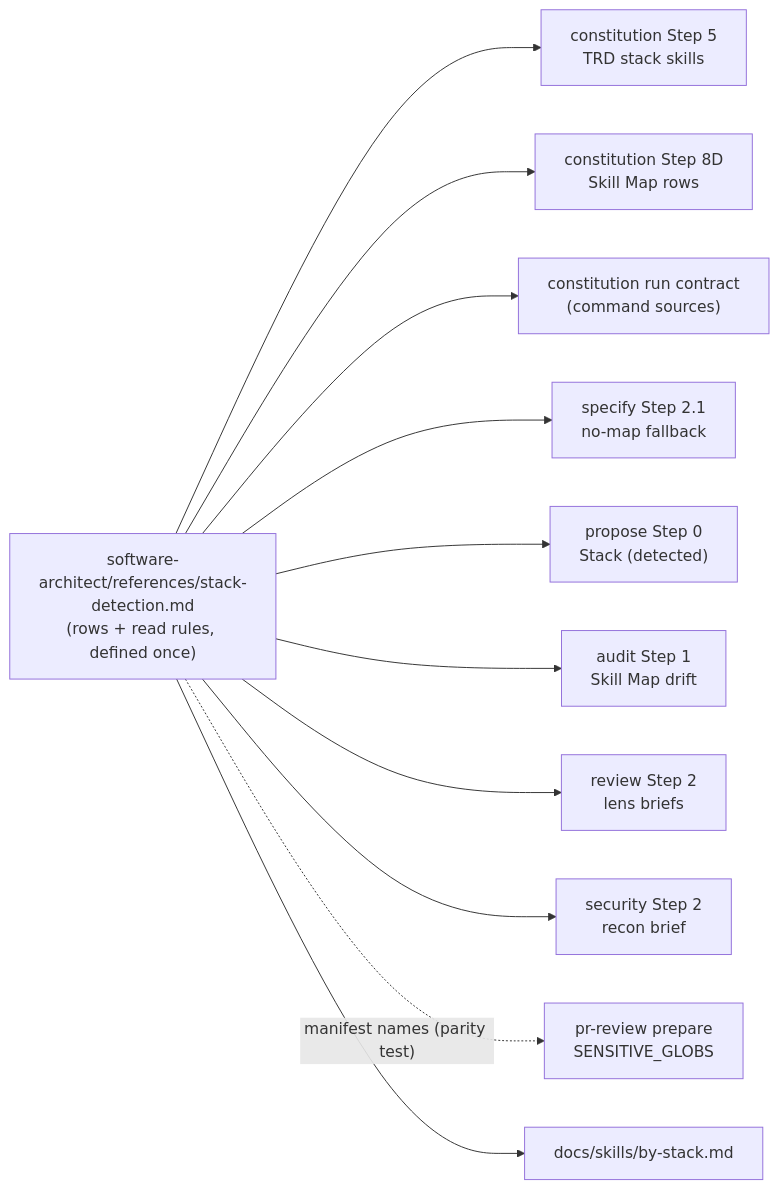
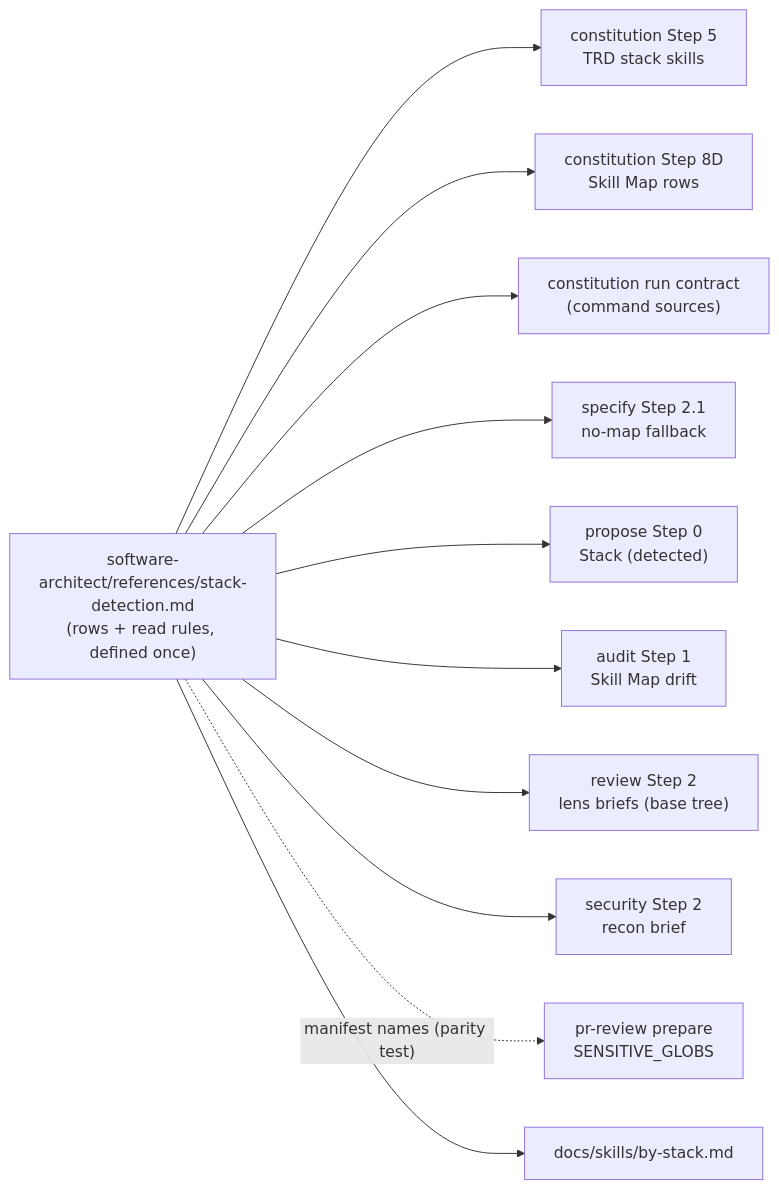
The diagram in docs/specs/changes/java-springboot-skill/design.md (JuankCadavid/akili-specs), drawn with Mermaid before and after one commit. The commit also changed other lines of this file and 2 other files, not shown here.

````diff
--- a/docs/specs/changes/java-springboot-skill/design.md
+++ b/docs/specs/changes/java-springboot-skill/design.md
@@ -29,14 +33,14 @@
 ```mermaid
 flowchart LR
   T["software-architect/references/stack-detection.md<br/>(rows + read rules, defined once)"]
   T --> C5["constitution Step 5<br/>TRD stack skills"]
   T --> C8["constitution Step 8D<br/>Skill Map rows"]
   T --> CR["constitution run contract<br/>(command sources)"]
   T --> S21["specify Step 2.1<br/>no-map fallback"]
   T --> P0["propose Step 0<br/>Stack (detected)"]
   T --> A1["audit Step 1<br/>Skill Map drift"]
-  T --> R2["review Step 2<br/>lens briefs"]
+  T --> R2["review Step 2<br/>lens briefs (base tree)"]
   T --> SE2["security Step 2<br/>recon brief"]
   T -. "manifest names (parity test)" .-> PR["pr-review prepare<br/>SENSITIVE_GLOBS"]
   T --> BS["docs/skills/by-stack.md"]
 ```
````
